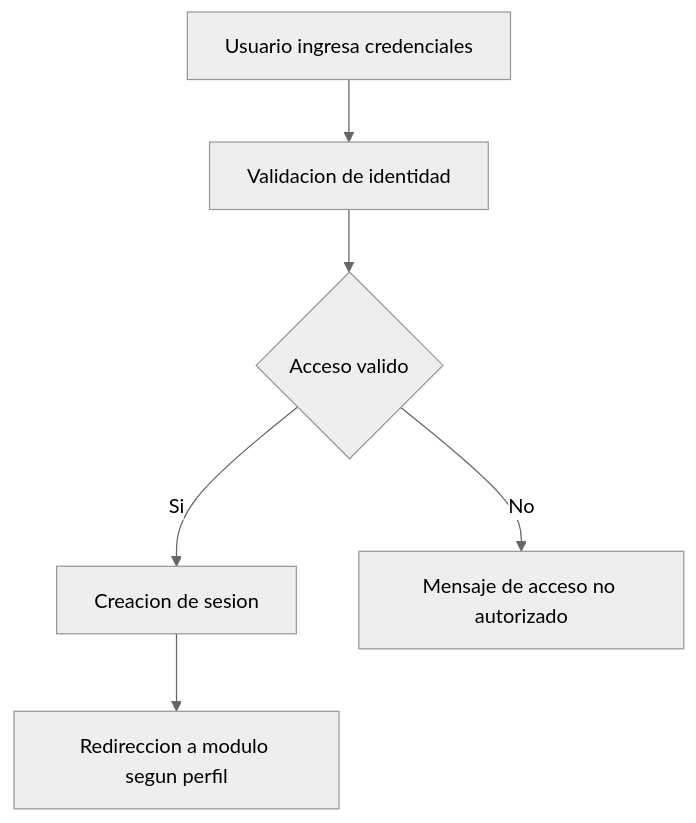
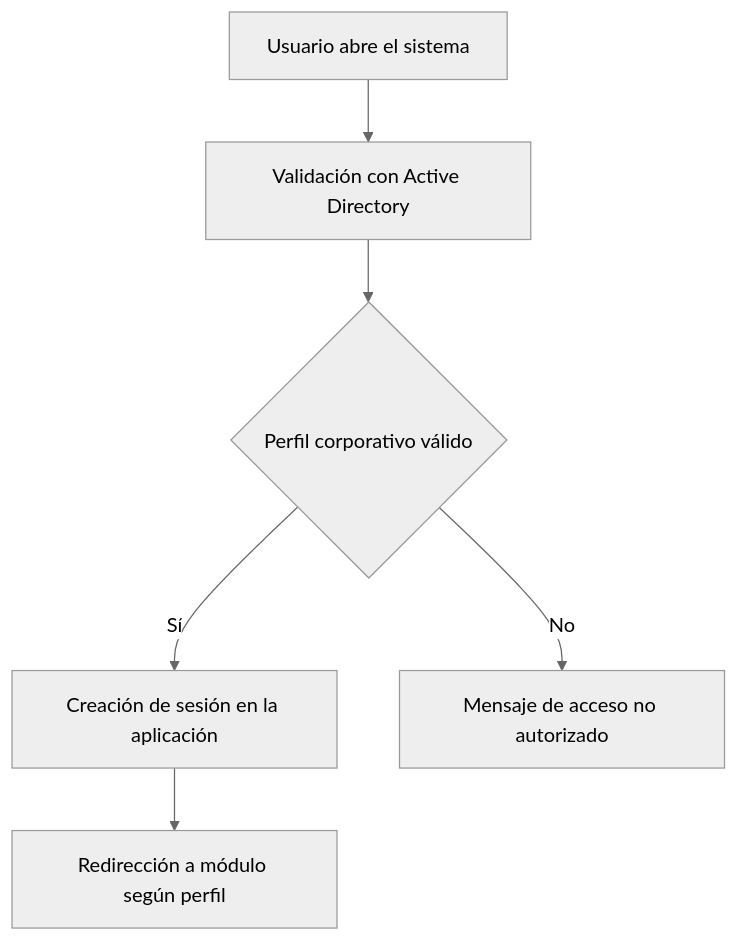
Before and after one commit to Ricardo-NM/totis-gdb-docs: the first of 4 diagrams in docs/flujos.md, drawn with Mermaid (neutral theme). The commit also changed other lines of this file and 10 other files, not shown here.

````diff
--- a/docs/flujos.md
+++ b/docs/flujos.md
@@ -7,8 +7,8 @@
 ```mermaid
 flowchart TD
-    A[Usuario ingresa credenciales] --> B[Validacion de identidad]
-    B --> C{Acceso valido}
-    C -->|Si| D[Creacion de sesion]
+    A[Usuario abre el sistema] --> B[Validación con Active Directory]
+    B --> C{Perfil corporativo válido}
+    C -->|Sí| D[Creación de sesión en la aplicación]
     C -->|No| E[Mensaje de acceso no autorizado]
-    D --> F[Redireccion a modulo segun perfil]
+    D --> F[Redirección a módulo según perfil]
 ```
````
